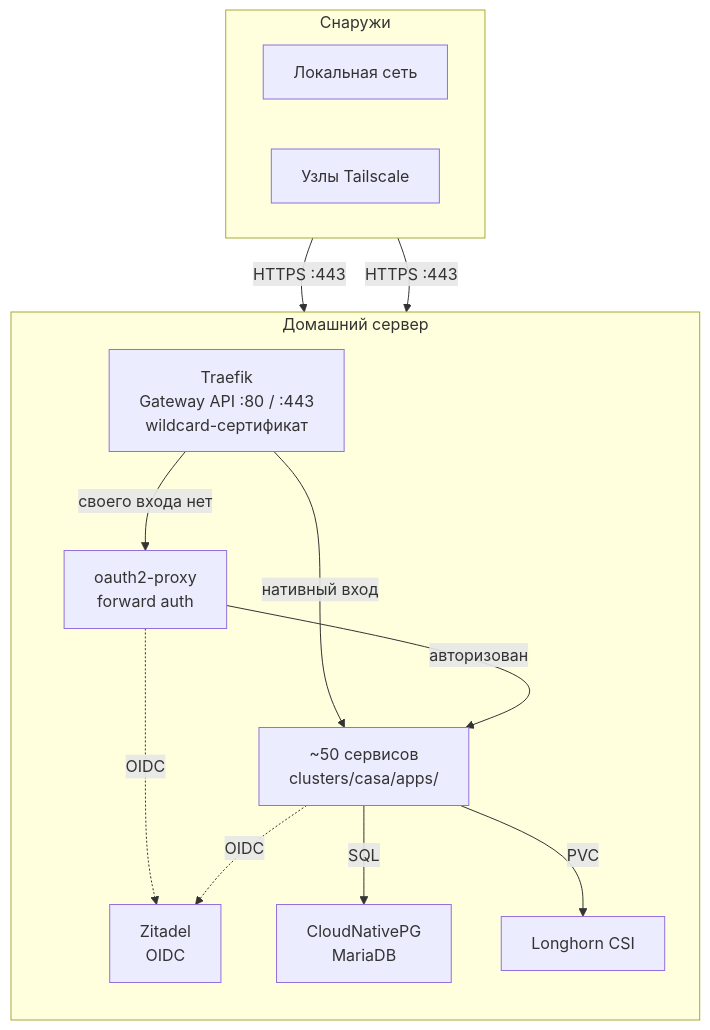
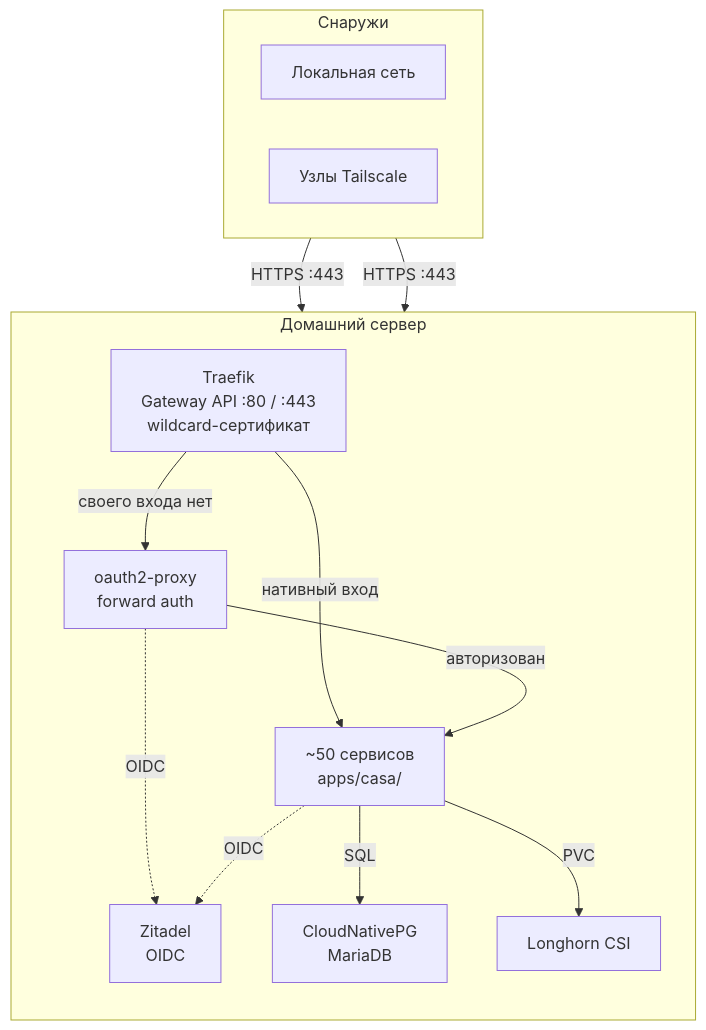
Before and after one commit to Artemiy111/homelab: the diagram in README.ru.md, drawn with Mermaid. The commit also changed other lines of this file and 4 other files, not shown here.

````diff
--- a/README.ru.md
+++ b/README.ru.md
@@ -32,28 +32,28 @@
 ```mermaid
 flowchart TB
     subgraph outside["Снаружи"]
         direction LR
         LAN["Локальная сеть"]
         TS["Узлы Tailscale"]
     end
 
     subgraph host["Домашний сервер"]
         direction TB
         EDGE["Traefik<br/>Gateway API :80 / :443<br/>wildcard-сертификат"]
         AUTH["oauth2-proxy<br/>forward auth"]
-        APPS["~50 сервисов<br/>clusters/casa/apps/"]
+        APPS["~50 сервисов<br/>apps/casa/"]
         ZIT["Zitadel<br/>OIDC"]
         DATA["CloudNativePG<br/>MariaDB"]
         STORE["Longhorn CSI"]
     end
 
     LAN -->|HTTPS :443| EDGE
     TS -->|HTTPS :443| EDGE
     EDGE -->|нативный вход| APPS
     EDGE -->|своего входа нет| AUTH
     AUTH -->|авторизован| APPS
     AUTH -.->|OIDC| ZIT
     APPS -.->|OIDC| ZIT
     APPS -->|SQL| DATA
     APPS -->|PVC| STORE
 ```
````
